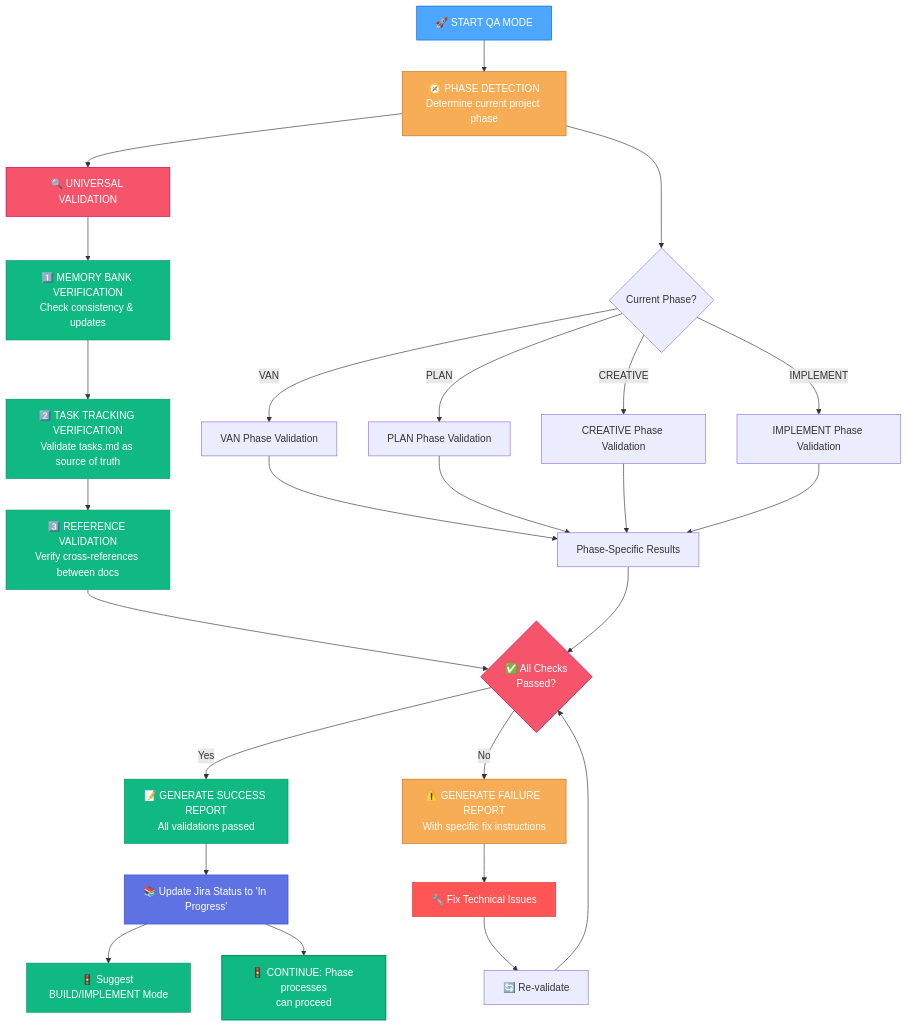
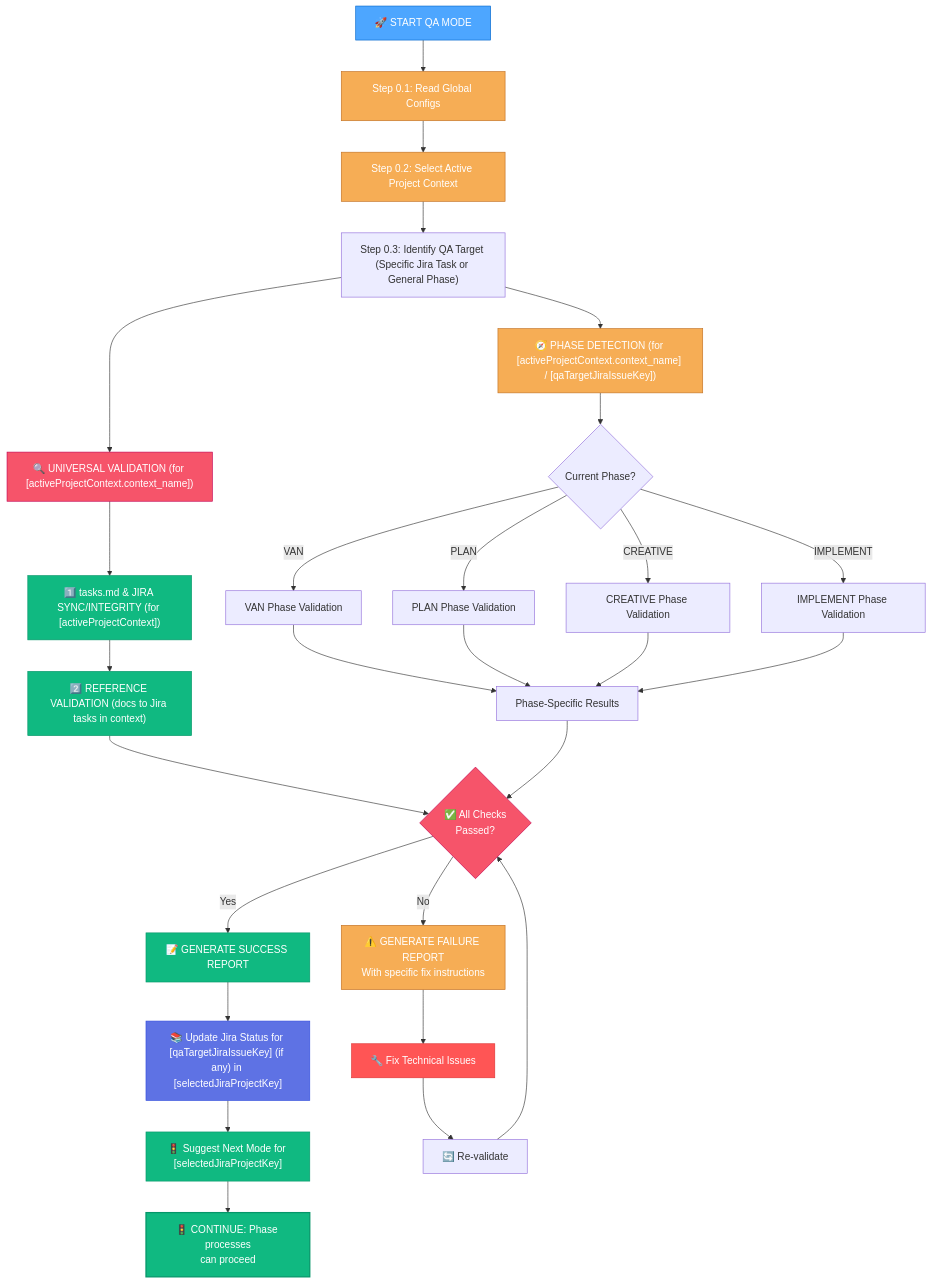
One commit to ms-moar/cursor-tools changed the first of 10 diagrams in .cursor/rules/isolation_rules/visual-maps/qa-mode-map.mdc. Above: the diagram before and after it, drawn with Mermaid. The commit also changed other lines of this file and 4 other files, not shown here.

````diff
--- a/.cursor/rules/isolation_rules/visual-maps/qa-mode-map.mdc
+++ b/.cursor/rules/isolation_rules/visual-maps/qa-mode-map.mdc
@@ -12,55 +12,59 @@
 ```mermaid
 graph TD
-    Start["🚀 START QA MODE"] --> DetectPhase["🧭 PHASE DETECTION<br>Determine current project phase"]
+    Start["🚀 START QA MODE"] --> ReadGlobalConfig["Step 0.1: Read Global Configs"]
+    ReadGlobalConfig --> SelectActiveContext["Step 0.2: Select Active Project Context"]
+    SelectActiveContext --> IdentifyTarget["Step 0.3: Identify QA Target (Specific Jira Task or General Phase)"]
+    
+    IdentifyTarget --> DetectPhase["🧭 PHASE DETECTION (for [activeProjectContext.context_name] / [qaTargetJiraIssueKey])"]
     
     %% Phase detection decision path
     DetectPhase --> PhaseDetermination{"Current Phase?"}
     PhaseDetermination -->|"VAN"| VANChecks["VAN Phase Validation"]
     PhaseDetermination -->|"PLAN"| PLANChecks["PLAN Phase Validation"]
     PhaseDetermination -->|"CREATIVE"| CREATIVEChecks["CREATIVE Phase Validation"] 
     PhaseDetermination -->|"IMPLEMENT"| IMPLEMENTChecks["IMPLEMENT Phase Validation"]
     
-    %% Universal checks that apply to all phases
-    DetectPhase --> UniversalChecks["🔍 UNIVERSAL VALIDATION"]
-    UniversalChecks --> MemoryBankCheck["1️⃣ MEMORY BANK VERIFICATION<br>Check consistency & updates"]
-    MemoryBankCheck --> TaskTrackingCheck["2️⃣ TASK TRACKING VERIFICATION<br>Validate tasks.md as source of truth"]
-    TaskTrackingCheck --> ReferenceCheck["3️⃣ REFERENCE VALIDATION<br>Verify cross-references between docs"]
+    %% Universal checks adapted for context and tasks.md
+    IdentifyTarget --> UniversalChecks["🔍 UNIVERSAL VALIDATION (for [activeProjectContext.context_name])"]
+    UniversalChecks --> TasksMDJiraSync["1️⃣ tasks.md & JIRA SYNC/INTEGRITY (for [activeProjectContext])"]
+    TasksMDJiraSync --> ReferenceCheck["2️⃣ REFERENCE VALIDATION (docs to Jira tasks in context)"]
     
     %% Phase-specific validations feed into comprehensive report
     VANChecks & PLANChecks & CREATIVEChecks & IMPLEMENTChecks --> PhaseSpecificResults["Phase-Specific Results"]
     ReferenceCheck & PhaseSpecificResults --> ValidationResults{"✅ All Checks<br>Passed?"}
     
     %% Results Processing
-    ValidationResults -->|"Yes"| SuccessReport["📝 GENERATE SUCCESS REPORT<br>All validations passed"]
+    ValidationResults -->|"Yes"| SuccessReport["📝 GENERATE SUCCESS REPORT"]
 
-    %% JIRA INTEGRATION START
-    SuccessReport --> UpdateJiraStatus["📚 Update Jira Status to 'In Progress'"]
-    UpdateJiraStatus --> SuggestBuild["🚦 Suggest BUILD/IMPLEMENT Mode"]
+    %% JIRA INTEGRATION START (using selected context)
+    SuccessReport --> UpdateJiraStatus["📚 Update Jira Status for [qaTargetJiraIssueKey] (if any) in [selectedJiraProjectKey]"]
+    UpdateJiraStatus --> SuggestNextMode["🚦 Suggest Next Mode for [selectedJiraProjectKey]"]
     %% JIRA INTEGRATION END
 
     ValidationResults -->|"No"| FailureReport["⚠️ GENERATE FAILURE REPORT<br>With specific fix instructions"]
     
     %% Success Path
-    UpdateJiraStatus --> ContinueProcess["🚦 CONTINUE: Phase processes<br>can proceed"]
+    SuggestNextMode --> ContinueProcess["🚦 CONTINUE: Phase processes<br>can proceed"]
     
     %% Failure Path
     FailureReport --> FixIssues["🔧 Fix Technical Issues"]
     FixIssues --> ReValidate["🔄 Re-validate"]
     ReValidate --> ValidationResults
     
     %% Style nodes for clarity
     style Start fill:#4da6ff,stroke:#0066cc,color:white
+    style ReadGlobalConfig fill:#f6ad55,stroke:#c27022,color:white
+    style SelectActiveContext fill:#f6ad55,stroke:#c27022,color:white
     style DetectPhase fill:#f6ad55,stroke:#c27022,color:white
     style UniversalChecks fill:#f6546a,stroke:#c30052,color:white
-    style MemoryBankCheck fill:#10b981,stroke:#059669,color:white
-    style TaskTrackingCheck fill:#10b981,stroke:#059669,color:white
+    style TasksMDJiraSync fill:#10b981,stroke:#059669,color:white
     style ReferenceCheck fill:#10b981,stroke:#059669,color:white
     style ValidationResults fill:#f6546a,stroke:#c30052,color:white
     style SuccessReport fill:#10b981,stroke:#059669,color:white
     style FailureReport fill:#f6ad55,stroke:#c27022,color:white
     style ContinueProcess fill:#10b981,stroke:#059669,color:white,stroke-width:2px
     style FixIssues fill:#ff5555,stroke:#dd3333,color:white
     %% JIRA Node Styles
     style UpdateJiraStatus fill:#5e72e4,stroke:#324cdd,color:white
-    style SuggestBuild fill:#10b981,stroke:#059669,color:white
+    style SuggestNextMode fill:#10b981,stroke:#059669,color:white
 ```
````
